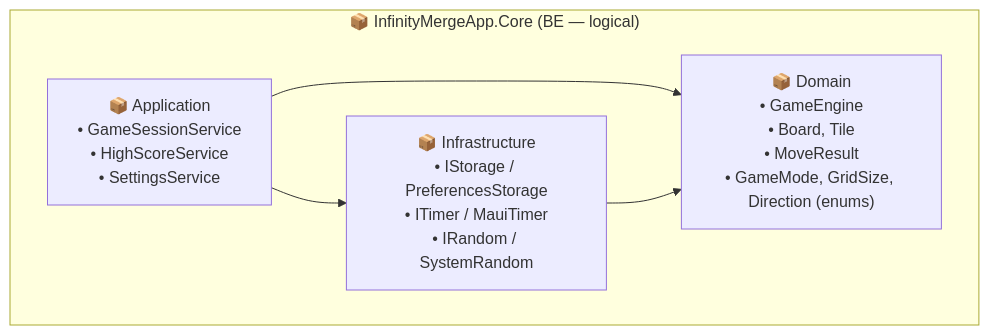
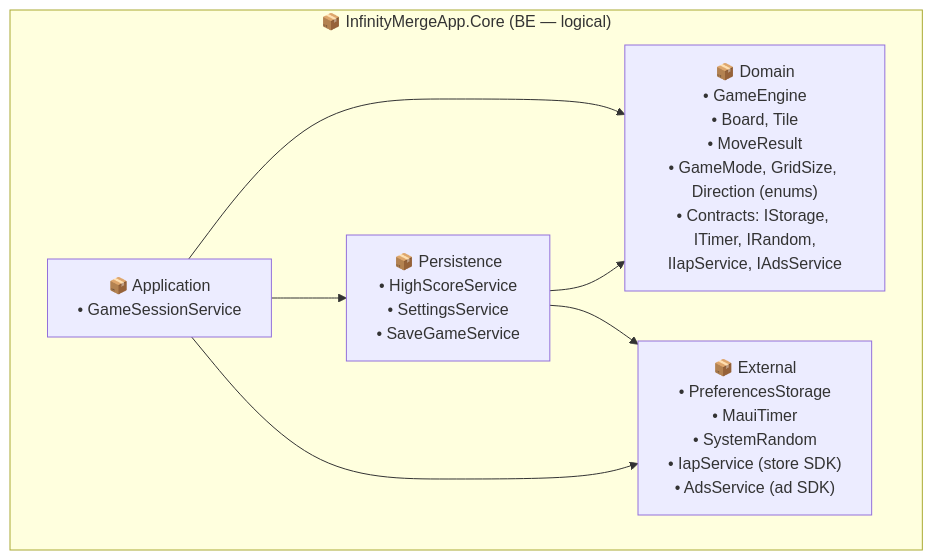
One commit to LeThaiAn15112004/2048-Infinity-Merge changed the fourth of 9 diagrams in Docs/software_design.md. Above: the diagram before and after it, drawn with Mermaid. The commit also changed other lines of this file and 7 other files, not shown here.

````diff
--- a/Docs/software_design.md
+++ b/Docs/software_design.md
@@ -141,12 +148,15 @@
 ```mermaid
 flowchart TB
     subgraph BE["📦 InfinityMergeApp.Core (BE — logical)"]
-        AppPkg["📦 Application<br/>• GameSessionService<br/>• HighScoreService<br/>• SettingsService"]
-        DomainPkg["📦 Domain<br/>• GameEngine<br/>• Board, Tile<br/>• MoveResult<br/>• GameMode, GridSize, Direction (enums)"]
-        InfraPkg["📦 Infrastructure<br/>• IStorage / PreferencesStorage<br/>• ITimer / MauiTimer<br/>• IRandom / SystemRandom"]
+        AppPkg["📦 Application<br/>• GameSessionService"]
+        DomainPkg["📦 Domain<br/>• GameEngine<br/>• Board, Tile<br/>• MoveResult<br/>• GameMode, GridSize, Direction (enums)<br/>• Contracts: IStorage, ITimer, IRandom,<br/>IIapService, IAdsService"]
+        PersistPkg["📦 Persistence<br/>• HighScoreService<br/>• SettingsService<br/>• SaveGameService"]
+        InfraPkg["📦 External<br/>• PreferencesStorage<br/>• MauiTimer<br/>• SystemRandom<br/>• IapService (store SDK)<br/>• AdsService (ad SDK)"]
     end
 
     AppPkg --> DomainPkg
+    AppPkg --> PersistPkg
     AppPkg --> InfraPkg
-    InfraPkg --> DomainPkg
+    PersistPkg --> DomainPkg
+    PersistPkg --> InfraPkg
 ```
````
